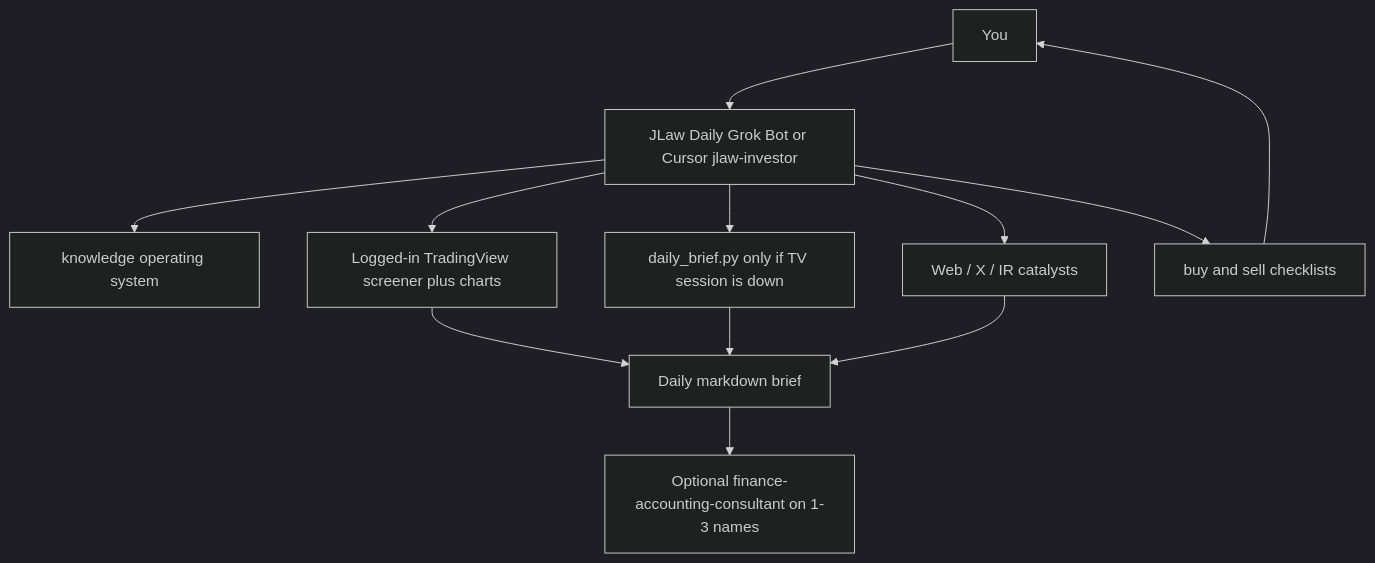
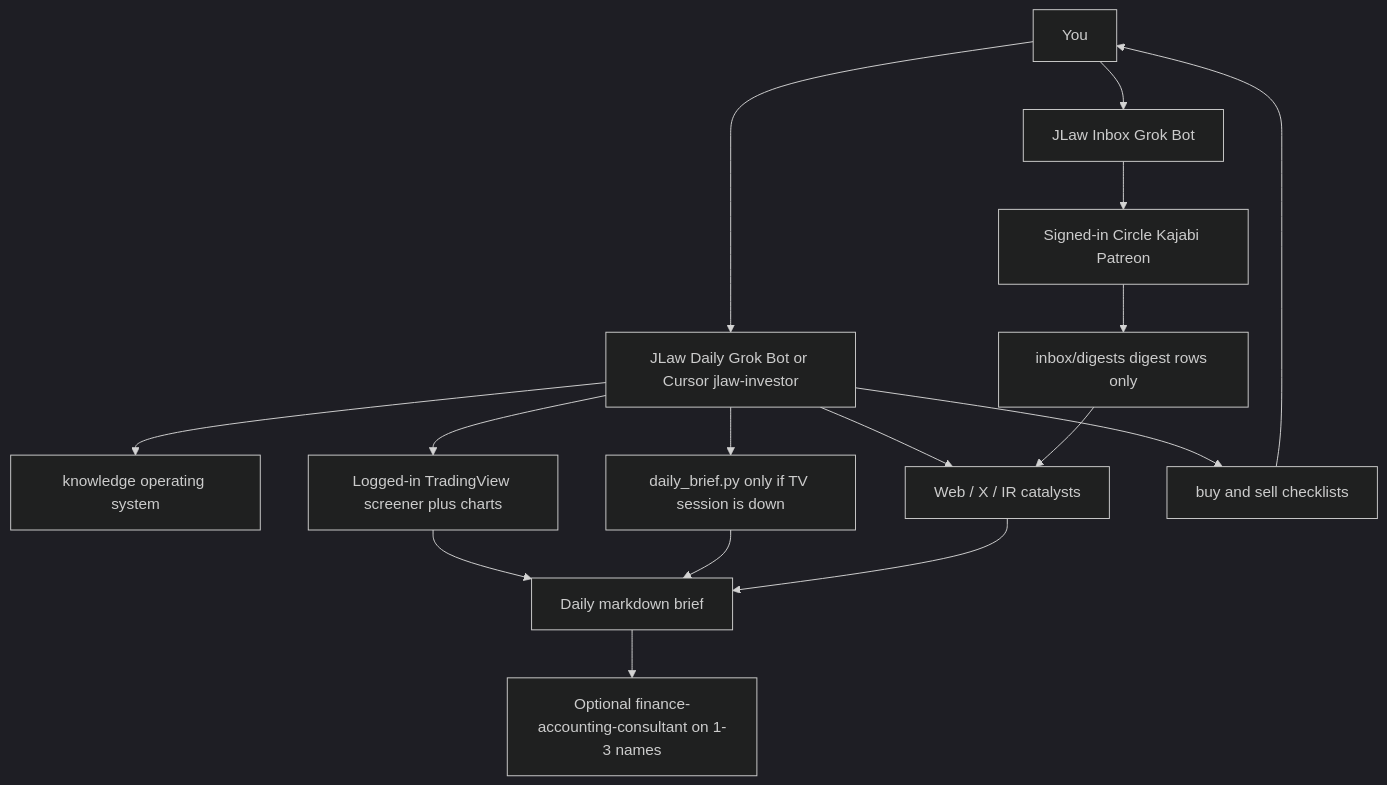
Before and after one commit to jackiechow4567-arch/Consultant-agents: the diagram in investment/README.md, drawn with Mermaid (dark theme). The commit also changed other lines of this file and 23 other files, not shown here.

First line of the commit message:
Add JLaw Inbox bot for Circle, Kajabi, and Patreon digests.

````diff
--- a/investment/README.md
+++ b/investment/README.md
@@ -86,14 +91,18 @@
 ```mermaid
 flowchart TB
   You[You] --> Bot[JLaw Daily Grok Bot or Cursor jlaw-investor]
+  You --> Inbox[JLaw Inbox Grok Bot]
+  Inbox --> Sites[Signed-in Circle Kajabi Patreon]
+  Sites --> Digest[inbox/digests digest rows only]
   Bot --> OS[knowledge operating system]
   Bot --> Screen[Logged-in TradingView screener plus charts]
   Bot --> Fallback[daily_brief.py only if TV session is down]
   Bot --> News[Web / X / IR catalysts]
+  Digest --> News
   Bot --> Gate[buy and sell checklists]
   Screen --> Brief[Daily markdown brief]
   Fallback --> Brief
   News --> Brief
   Gate --> You
   Brief --> FA[Optional finance-accounting-consultant on 1-3 names]
 ```
````
